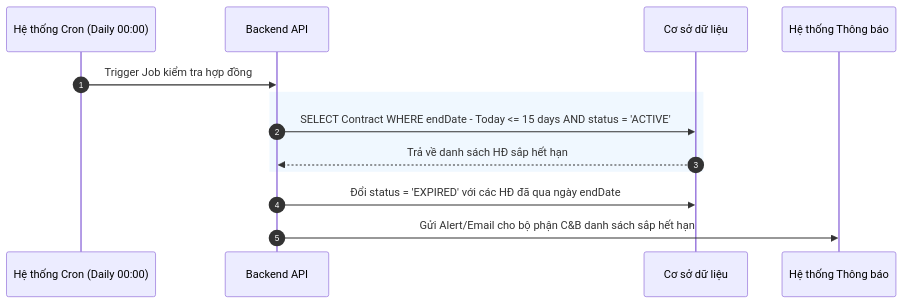
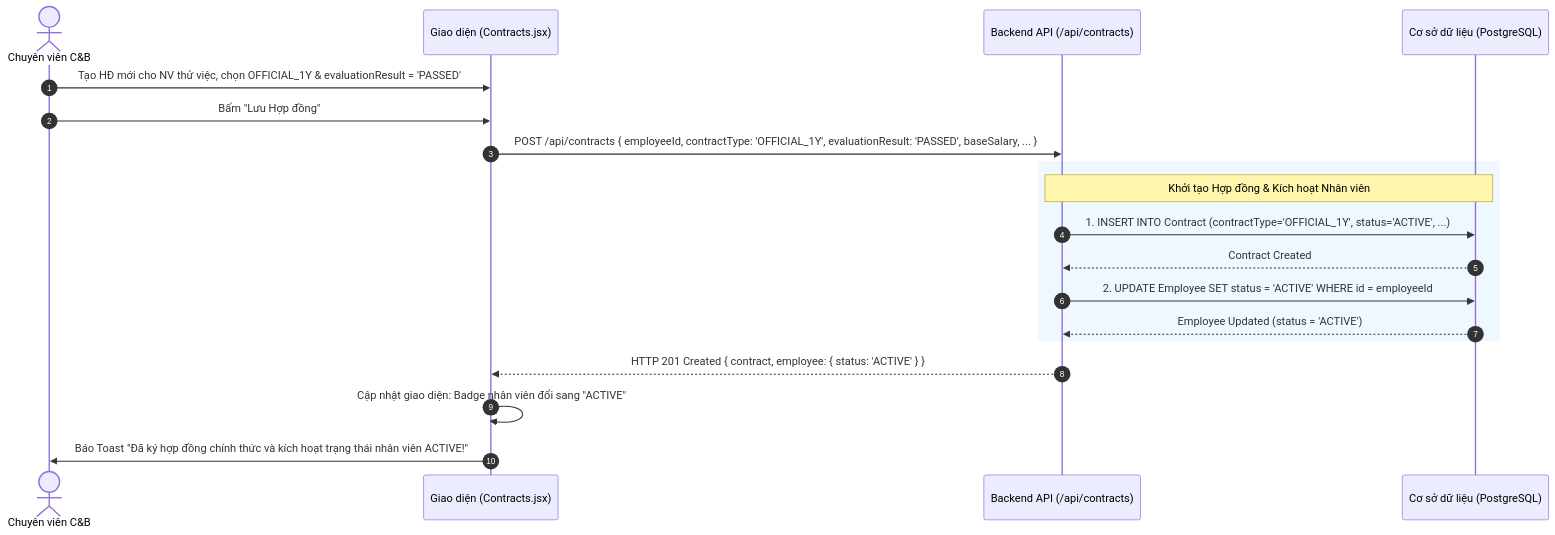
The seventh of 7 diagrams in docs/Tài liệu phân tích nghiệp vụ từng module/Module Core HR/Chuc-nang-Hop-dong.md (aye2710/HRM-DATN), drawn with Mermaid before and after one commit. The commit also changed other lines of this file and 27 other files, not shown here.

````diff
--- a/docs/Tài liệu phân tích nghiệp vụ từng module/Module Core HR/Chuc-nang-Hop-dong.md
+++ b/docs/Tài liệu phân tích nghiệp vụ từng module/Module Core HR/Chuc-nang-Hop-dong.md
@@ -42,18 +256,26 @@
 ```mermaid
 sequenceDiagram
     autonumber
-    participant Cron as Hệ thống Cron (Daily 00:00)
-    participant BE as Backend API
-    participant DB as Cơ sở dữ liệu
-    participant Noti as Hệ thống Thông báo
+    actor CB as Chuyên viên C&B
+    participant FE as Giao diện (Contracts.jsx)
+    participant BE as Backend API (/api/contracts)
+    participant DB as Cơ sở dữ liệu (PostgreSQL)
 
-    Cron->>BE: Trigger Job kiểm tra hợp đồng
+    CB->>FE: Tạo HĐ mới cho NV thử việc, chọn OFFICIAL_1Y & evaluationResult = 'PASSED'
+    CB->>FE: Bấm "Lưu Hợp đồng"
+    
+    FE->>BE: POST /api/contracts { employeeId, contractType: 'OFFICIAL_1Y', evaluationResult: 'PASSED', baseSalary, ... }
     
     rect rgb(240, 248, 255)
-        BE->>DB: SELECT Contract WHERE endDate - Today <= 15 days AND status = 'ACTIVE'
-        DB-->>BE: Trả về danh sách HĐ sắp hết hạn
+        Note over BE, DB: Khởi tạo Hợp đồng & Kích hoạt Nhân viên
+        BE->>DB: 1. INSERT INTO Contract (contractType='OFFICIAL_1Y', status='ACTIVE', ...)
+        DB-->>BE: Contract Created
+        
+        BE->>DB: 2. UPDATE Employee SET status = 'ACTIVE' WHERE id = employeeId
+        DB-->>BE: Employee Updated (status = 'ACTIVE')
     end
     
-    BE->>DB: Đổi status = 'EXPIRED' với các HĐ đã qua ngày endDate
-    BE->>Noti: Gửi Alert/Email cho bộ phận C&B danh sách sắp hết hạn
+    BE-->>FE: HTTP 201 Created { contract, employee: { status: 'ACTIVE' } }
+    FE->>FE: Cập nhật giao diện: Badge nhân viên đổi sang "ACTIVE"
+    FE->>CB: Báo Toast "Đã ký hợp đồng chính thức và kích hoạt trạng thái nhân viên ACTIVE!"
 ```
````
